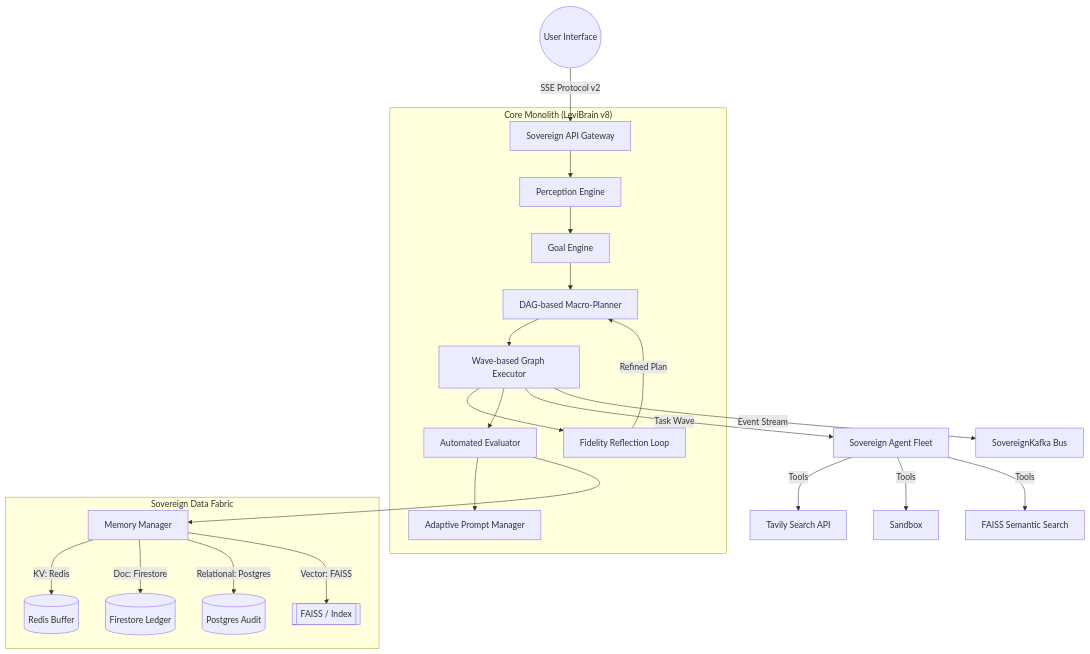
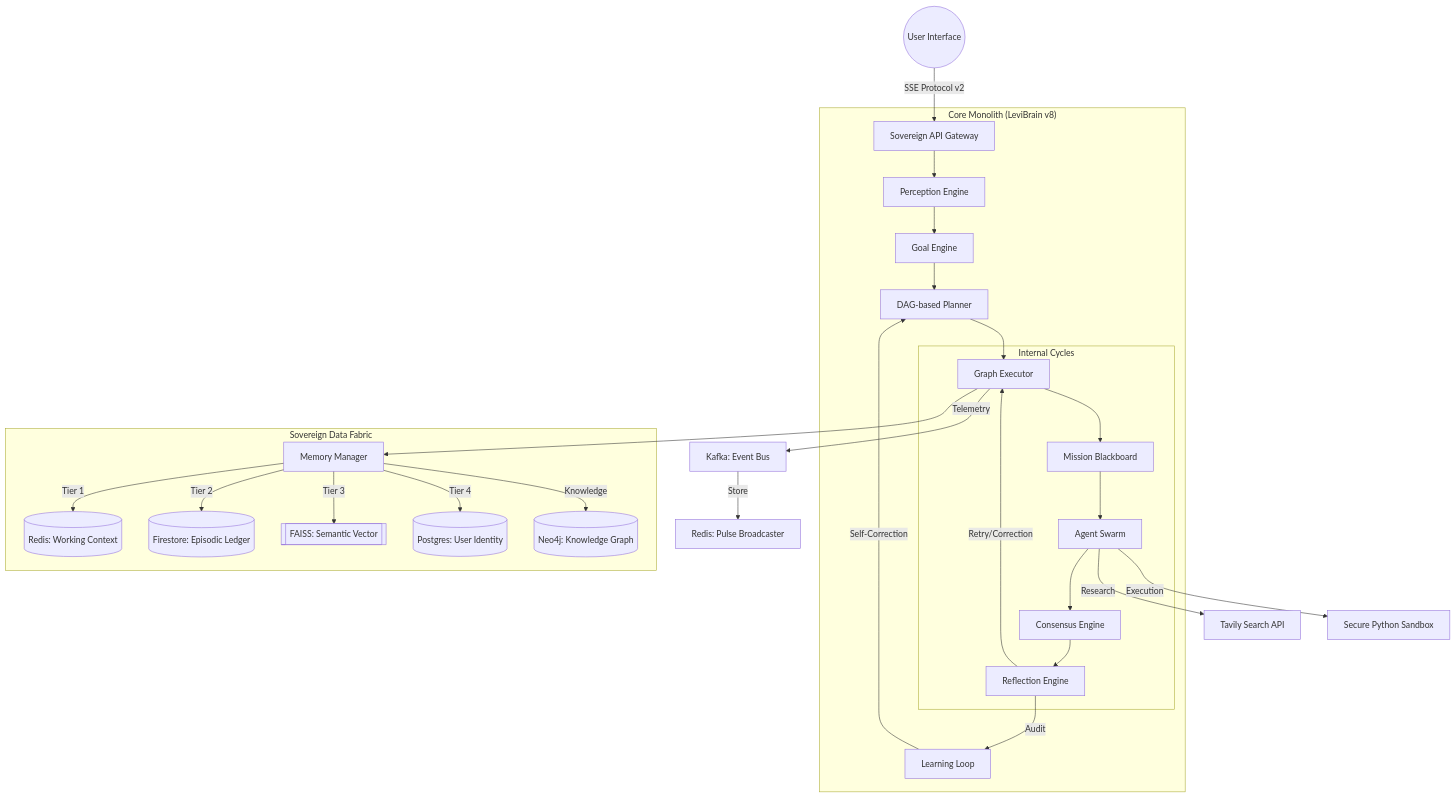
The first of 2 diagrams in README.md (Blackdrg/levi-ai-innovate), drawn with Mermaid before and after one commit. The commit also changed other lines of this file and 122 other files, not shown here.

````diff
--- a/README.md
+++ b/README.md
@@ -50,39 +30,44 @@
 ```mermaid
 graph TD
-    %% Global Entry Layer
+    %% Entry Layer
     User((User Interface)) -->|SSE Protocol v2| Gateway[Sovereign API Gateway]
     
     %% Cognitive Monolith v8
     subgraph "Core Monolith (LeviBrain v8)"
         Gateway --> Perception[Perception Engine]
         Perception --> Goal[Goal Engine]
-        Goal --> Planner[DAG-based Macro-Planner]
-        Planner --> Executor[Wave-based Graph Executor]
+        Goal --> Planner[DAG-based Planner]
+        Planner --> Executor[Graph Executor]
         
-        %% Recursive Feedback Loop
-        Executor --> Reflection[Fidelity Reflection Loop]
-        Reflection -->|Refined Plan| Planner
+        %% Internal Decision Fabric
+        subgraph "Internal Cycles"
+            Executor --> Blackboard[Mission Blackboard]
+            Blackboard --> Agents[Agent Swarm]
+            Agents --> Consensus[Consensus Engine]
+            Consensus --> Reflection[Reflection Engine]
+        end
         
-        %% Audit & Evaluate
-        Executor --> Auditor[Automated Evaluator]
-        Auditor --> Learning[Adaptive Prompt Manager]
+        %% Intelligence Layers
+        Reflection -->|Retry/Correction| Executor
+        Reflection -->|Audit| Learning[Learning Loop]
+        Learning -->|Self-Correction| Planner
     end
     
-    %% Multi-Agent Task Force
-    Executor -->|Task Wave| Agents[Sovereign Agent Fleet]
-    Agents -->|Tools| Search[Tavily Search API]
-    Agents -->|Tools| Code[Sandbox]
-    Agents -->|Tools| Vector[FAISS Semantic Search]
-    
-    %% Resonant Memory Infrastructure (Multi-Store)
+    %% Messaging & Event Bus
+    Executor -->|Telemetry| Kafka[Kafka: Event Bus]
+    Kafka -->|Store| Redis_P[Redis: Pulse Broadcaster]
+
+    %% Resonant Memory Fabric
     subgraph "Sovereign Data Fabric"
-        Auditor --> Memory[Memory Manager]
-        Memory -->|KV: Redis| Redis[(Redis Buffer)]
-        Memory -->|Doc: Firestore| Firestore[(Firestore Ledger)]
-        Memory -->|Relational: Postgres| Postgres[(Postgres Audit)]
-        Memory -->|Vector: FAISS| FAISS_V[[FAISS / Index]]
+        Executor --> Memory[Memory Manager]
+        Memory -->|Tier 1| Redis[(Redis: Working Context)]
+        Memory -->|Tier 2| Firestore[(Firestore: Episodic Ledger)]
+        Memory -->|Tier 3| FAISS[[FAISS: Semantic Vector]]
+        Memory -->|Tier 4| Postgres[(Postgres: User Identity)]
+        Memory -->|Knowledge| Neo4j[(Neo4j: Knowledge Graph)]
     end
     
-    %% Distributed Telemetry Bus
-    Executor -->|Event Stream| Kafka[SovereignKafka Bus]
+    %% External Tooling
+    Agents -->|Research| Tavily[Tavily Search API]
+    Agents -->|Execution| Sandbox[Secure Python Sandbox]
 ```
````
